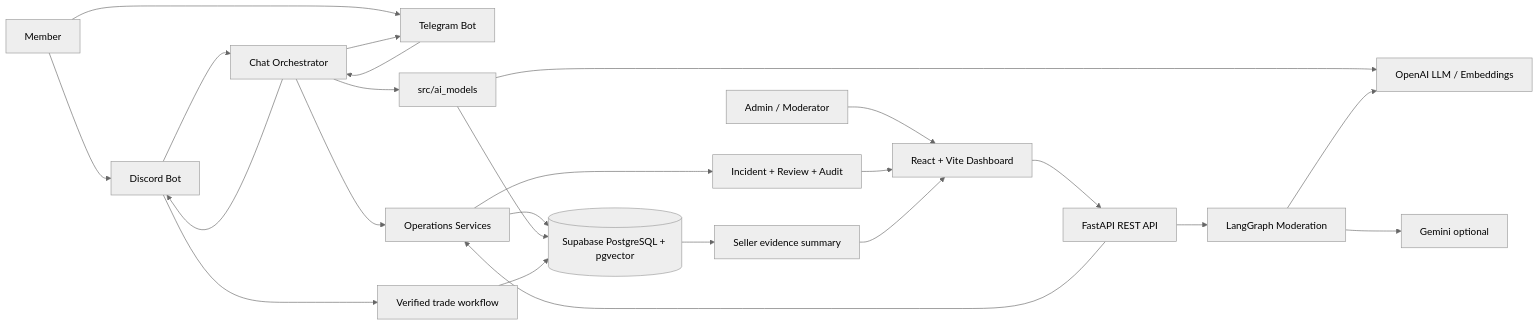
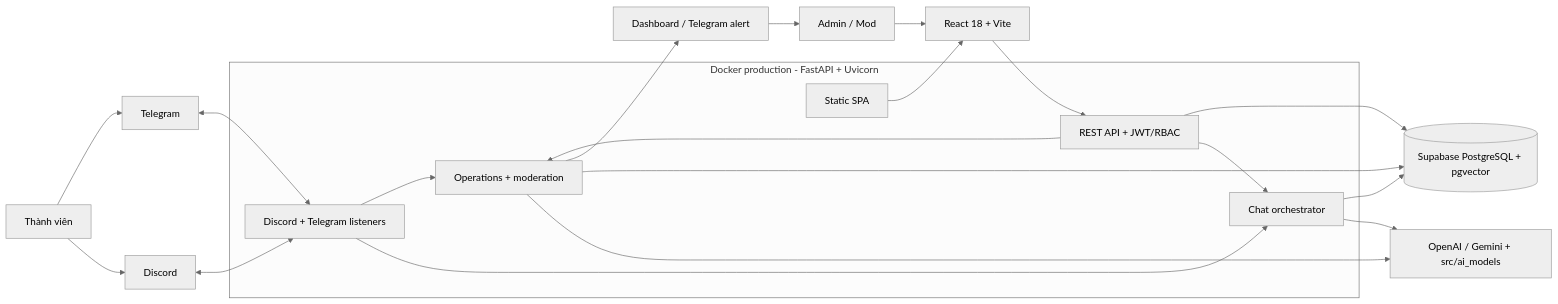
One commit to thanq204/ChatBot-THO changed the first of 7 diagrams in docs/architecture_diagram.md. Above: the diagram before and after it, drawn with Mermaid (neutral theme). The commit also changed other lines of this file and 14 other files, not shown here.

Commit message:
chore: sync THO runtime and architecture

````diff
--- a/docs/architecture_diagram.md
+++ b/docs/architecture_diagram.md
@@ -7,26 +7,31 @@
 ```mermaid
 flowchart LR
-    Member["Member"] --> Discord["Discord Bot"]
-    Member --> Telegram["Telegram Bot"]
-    Admin["Admin / Moderator"] --> UI["React + Vite Dashboard"]
-    Discord --> Chat["Chat Orchestrator"]
-    Telegram --> Chat
-    UI --> API["FastAPI REST API"]
-    API --> Ops["Operations Services"]
-    API --> ModerationGraph["LangGraph Moderation"]
-    Chat --> Ops
-    Chat --> Models["src/ai_models"]
-    Ops --> Supabase[("Supabase PostgreSQL + pgvector")]
-    Models --> Supabase
-    Models --> OpenAI["OpenAI LLM / Embeddings"]
-    ModerationGraph --> OpenAI
-    ModerationGraph --> Gemini["Gemini optional"]
-    Ops --> Incidents["Incident + Review + Audit"]
-    Incidents --> UI
-    Discord --> Trade["Verified trade workflow"]
-    Trade --> Supabase
-    Supabase --> Seller["Seller evidence summary"]
-    Seller --> UI
-    Chat --> Discord
-    Chat --> Telegram
+    Member["Thành viên"] --> Discord["Discord"]
+    Member --> Telegram["Telegram"]
+    Staff["Admin / Mod"] --> UI["React 18 + Vite"]
+
+    subgraph Runtime["Docker production - FastAPI + Uvicorn"]
+        API["REST API + JWT/RBAC"]
+        Chat["Chat orchestrator"]
+        Ops["Operations + moderation"]
+        Bots["Discord + Telegram listeners"]
+        SPA["Static SPA"]
+    end
+
+    Discord <--> Bots
+    Telegram <--> Bots
+    Bots --> Chat
+    Bots --> Ops
+    UI --> API
+    SPA --> UI
+    API --> Chat
+    API --> Ops
+
+    Chat --> Models["OpenAI / Gemini + src/ai_models"]
+    Ops --> Models
+    Chat --> Supabase[("Supabase PostgreSQL + pgvector")]
+    Ops --> Supabase
+    API --> Supabase
+    Ops --> Alert["Dashboard / Telegram alert"]
+    Alert --> Staff
 ```
````
